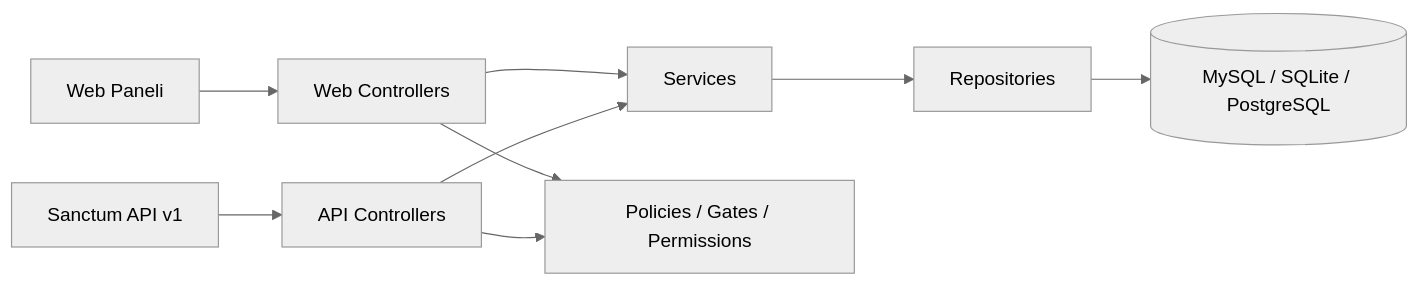
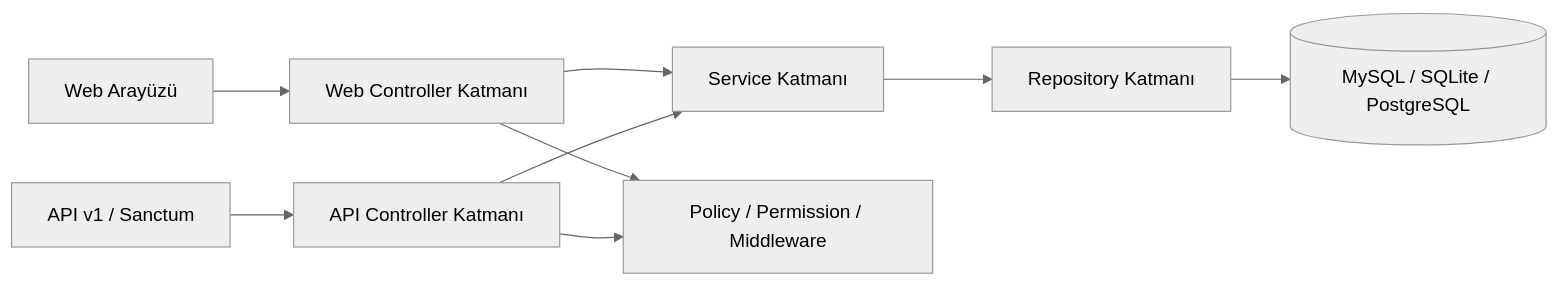
Before and after one commit to ferhatolmez/LohusaVeBebekLaravel: the diagram in README.md, drawn with Mermaid (neutral theme). The commit also changed other lines of this file and 20 other files, not shown here.

````diff
--- a/README.md
+++ b/README.md
@@ -28,11 +21,11 @@
 ```mermaid
 flowchart LR
-    UI[Web Paneli] --> WC[Web Controllers]
-    API[Sanctum API v1] --> AC[API Controllers]
-    WC --> SV[Services]
+    UI["Web Arayüzü"] --> WC["Web Controller Katmanı"]
+    API["API v1 / Sanctum"] --> AC["API Controller Katmanı"]
+    WC --> SV["Service Katmanı"]
     AC --> SV
-    SV --> RP[Repositories]
-    RP --> DB[(MySQL / SQLite / PostgreSQL)]
-    WC --> AU[Policies / Gates / Permissions]
+    SV --> RP["Repository Katmanı"]
+    RP --> DB[("MySQL / SQLite / PostgreSQL")]
+    WC --> AU["Policy / Permission / Middleware"]
     AC --> AU
 ```
````
